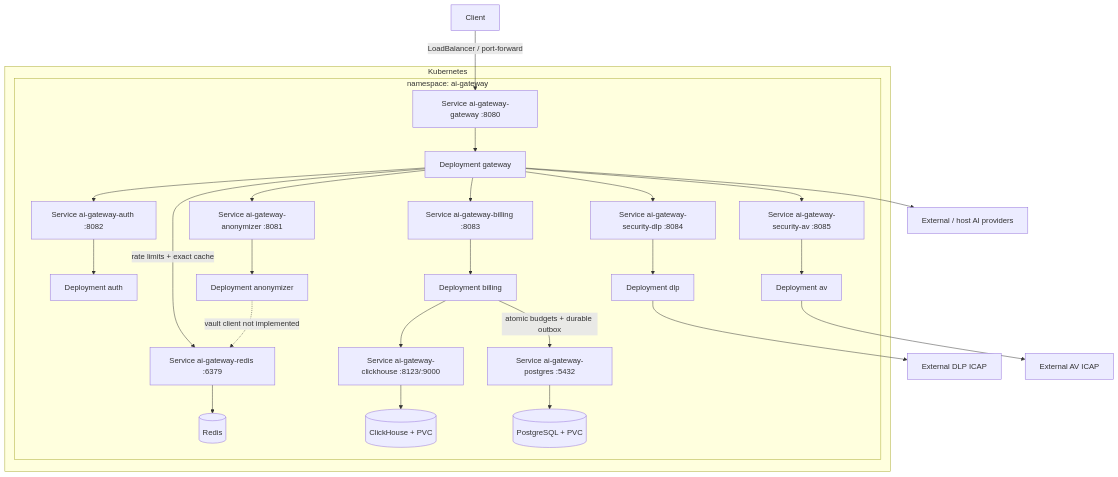
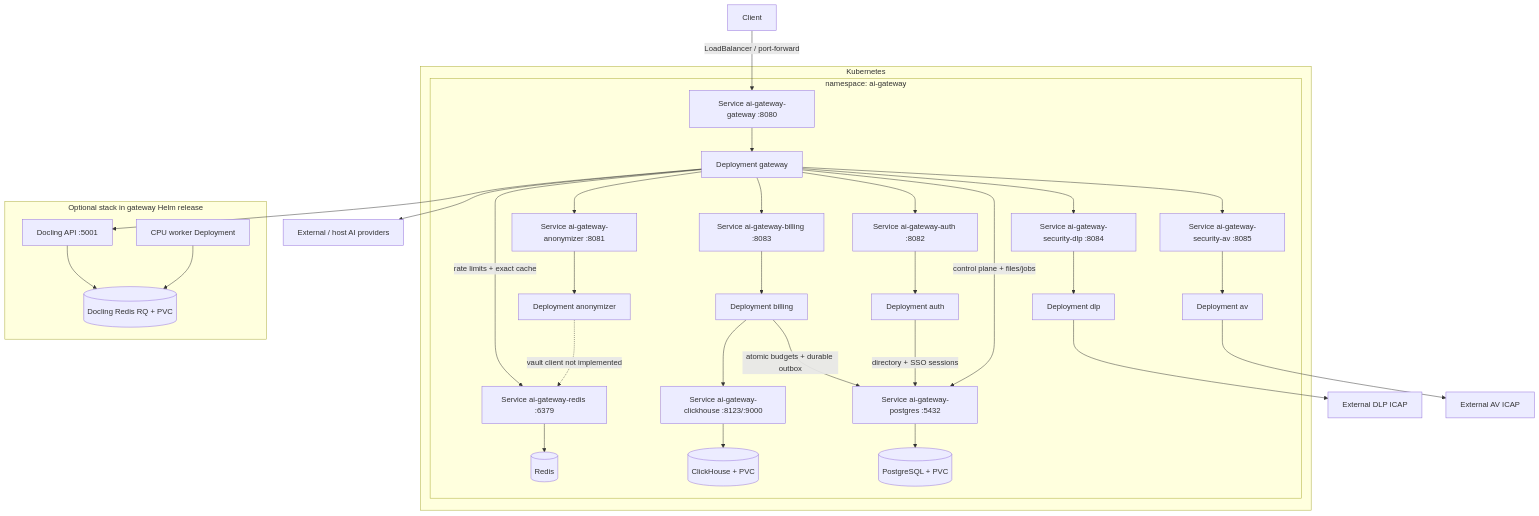
The fourth of 4 diagrams in docs/architecture.md (NEODjazz/ai-gateway), drawn with Mermaid before and after one commit. The commit also changed other lines of this file and 21 other files, not shown here.

Commit message:
Document current API, identity, UI and processing architecture

````diff
--- a/docs/architecture.md
+++ b/docs/architecture.md
@@ -430,31 +449,41 @@
 ```mermaid
 flowchart TB
     User["Client"] -->|"LoadBalancer / port-forward"| GwSvc
 
     subgraph K8s["Kubernetes"]
         subgraph NS["namespace: ai-gateway"]
             GwSvc["Service ai-gateway-gateway :8080"] --> Gw["Deployment gateway"]
             AuthSvc["Service ai-gateway-auth :8082"] --> Auth["Deployment auth"]
             AnonSvc["Service ai-gateway-anonymizer :8081"] --> Anon["Deployment anonymizer"]
             BillingSvc["Service ai-gateway-billing :8083"] --> Billing["Deployment billing"]
             DlpSvc["Service ai-gateway-security-dlp :8084"] --> DLP["Deployment dlp"]
             AvSvc["Service ai-gateway-security-av :8085"] --> AV["Deployment av"]
             RedisSvc["Service ai-gateway-redis :6379"] --> Redis[("Redis")]
             ChSvc["Service ai-gateway-clickhouse :8123/:9000"] --> CH[("ClickHouse + PVC")]
             PgSvc["Service ai-gateway-postgres :5432"] --> PG[("PostgreSQL + PVC")]
         end
     end
 
     Gw --> AuthSvc
     Gw --> AnonSvc
     Gw --> BillingSvc
     Gw --> DlpSvc
     Gw --> AvSvc
     Billing --> ChSvc
     Gw -->|"rate limits + exact cache"| RedisSvc
     Billing -->|"atomic budgets + durable outbox"| PgSvc
+    Auth -->|"directory + SSO sessions"| PgSvc
+    Gw -->|"control plane + files/jobs"| PgSvc
+    subgraph PDF["Optional stack in gateway Helm release"]
+        DocSvc["Docling API :5001"]
+        DocQueue[("Docling Redis RQ + PVC")]
+        DocWorkers["CPU worker Deployment"]
+        DocSvc --> DocQueue
+        DocWorkers --> DocQueue
+    end
+    Gw --> DocSvc
     Anon -. "vault client not implemented" .-> RedisSvc
     DLP --> DlpIcap["External DLP ICAP"]
     AV --> AvIcap["External AV ICAP"]
     Gw --> Providers["External / host AI providers"]
 ```
````
